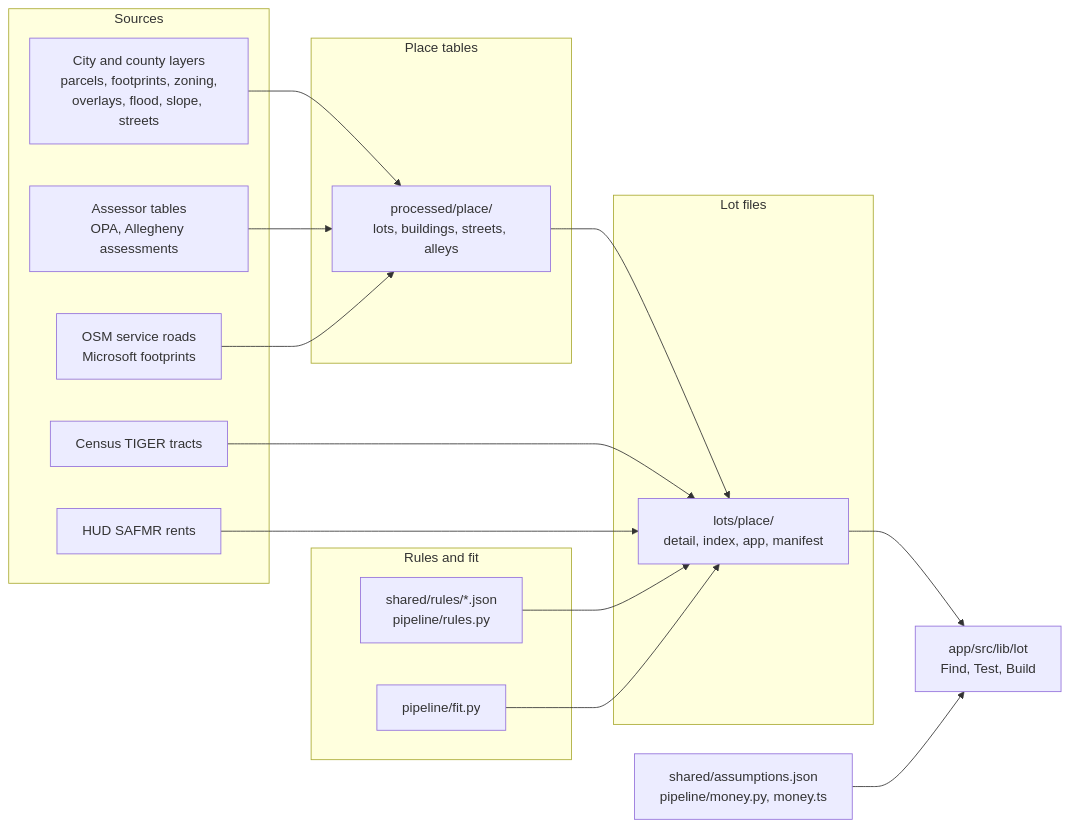
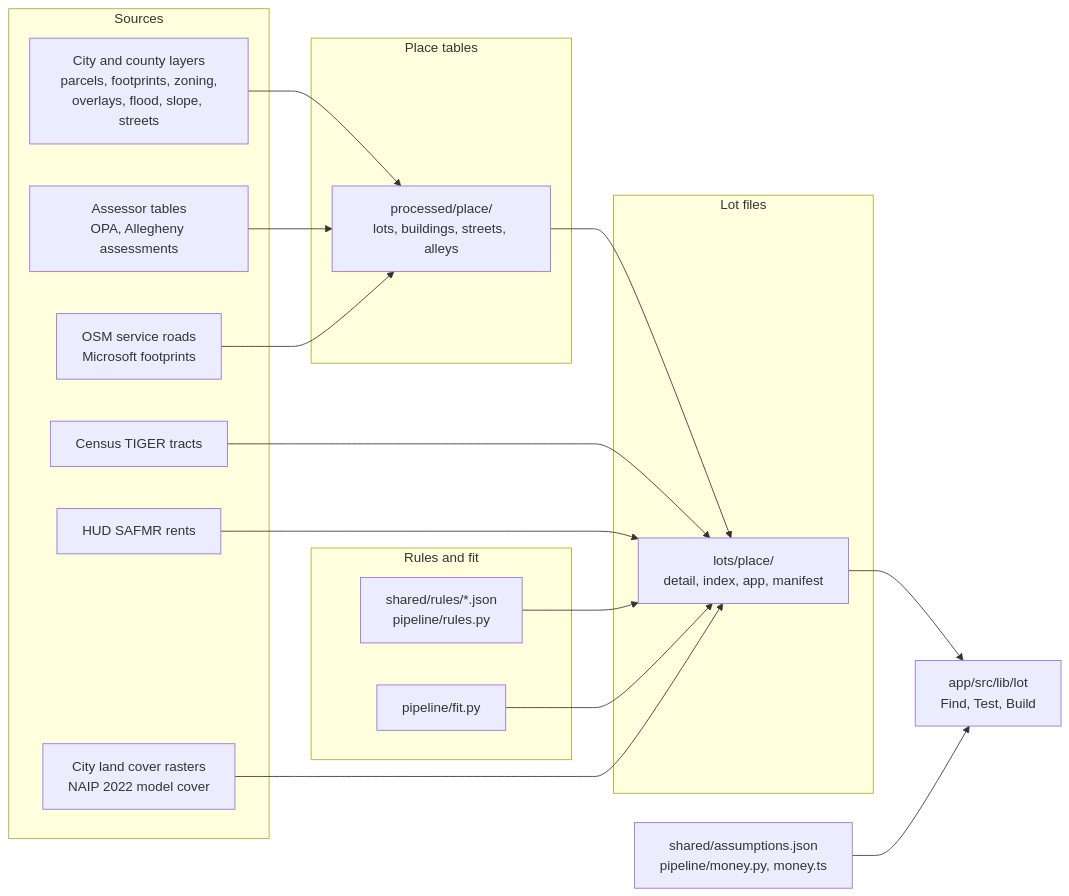
The diagram in docs/ARCHITECTURE.md (yezhanggg/YZ-MUSA-FINAL), drawn with Mermaid before and after one commit. The commit also changed other lines of this file and 311 other files, not shown here.

````diff
--- a/docs/ARCHITECTURE.md
+++ b/docs/ARCHITECTURE.md
@@ -19,31 +21,33 @@
 ```mermaid
 flowchart LR
   subgraph Sources
     A[City and county layers<br>parcels, footprints, zoning,<br>overlays, flood, slope, streets]
     B[Assessor tables<br>OPA, Allegheny assessments]
     C[OSM service roads<br>Microsoft footprints]
     D[Census TIGER tracts]
     E[HUD SAFMR rents]
+    G[City land cover rasters<br>NAIP 2022 model cover]
   end
   subgraph Place tables
     P[processed/place/<br>lots, buildings, streets, alleys]
   end
   subgraph Rules and fit
     R[shared/rules/*.json<br>pipeline/rules.py]
     F[pipeline/fit.py]
   end
   subgraph Lot files
     L[lots/place/<br>detail, index, app, manifest]
   end
   APP[app/src/lib/lot<br>Find, Test, Build]
   A --> P
   B --> P
   C --> P
   P --> L
   D --> L
   E --> L
   R --> L
   F --> L
+  G --> L
   L --> APP
   M[shared/assumptions.json<br>pipeline/money.py, money.ts] --> APP
 ```
````
